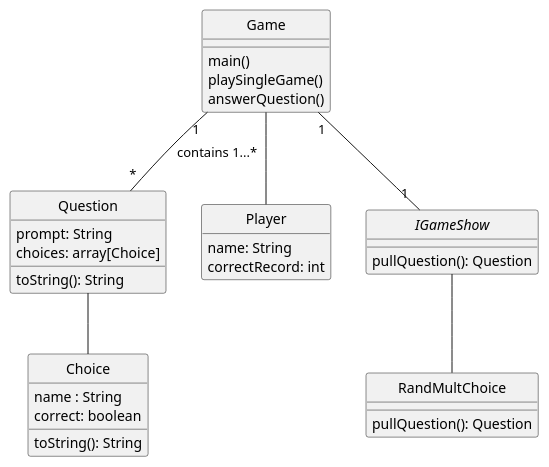
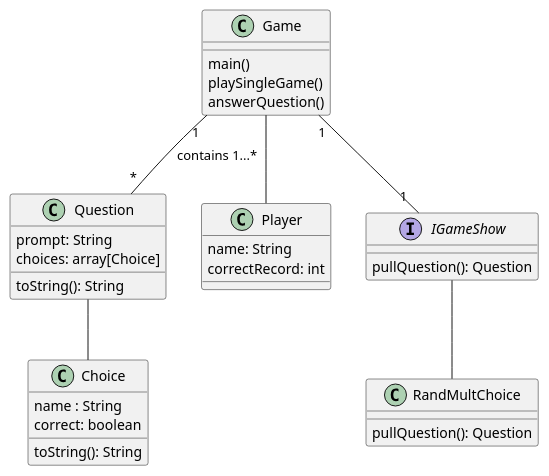
The diagram in doc/design.md (aczar09/Trivia-Game-Android), drawn with PlantUML before and after one commit.

Commit message:
SMall design edits

````diff
--- a/doc/design.md
+++ b/doc/design.md
@@ -11,36 +11,35 @@
 ```plantuml
-hide circle
-hide empty methods
+
 ' classes
 class Game{
 main()
 playSingleGame()
 answerQuestion()
 }
 class Question{
     prompt: String
     choices: array[Choice]
     toString(): String
     
 }
 class Choice{
     name : String
     correct: boolean
     toString(): String
 }
 class Player{
 name: String
 correctRecord: int
 }
 interface IGameShow{
     pullQuestion(): Question
 }
 Game "1" -- "*" Question : contains 1...*
 Question -- Choice
 Game -- Player
 Game "1"-- " 1 " IGameShow
 class RandMultChoice{
     pullQuestion(): Question
 }
 IGameShow -- RandMultChoice
 ```
````
